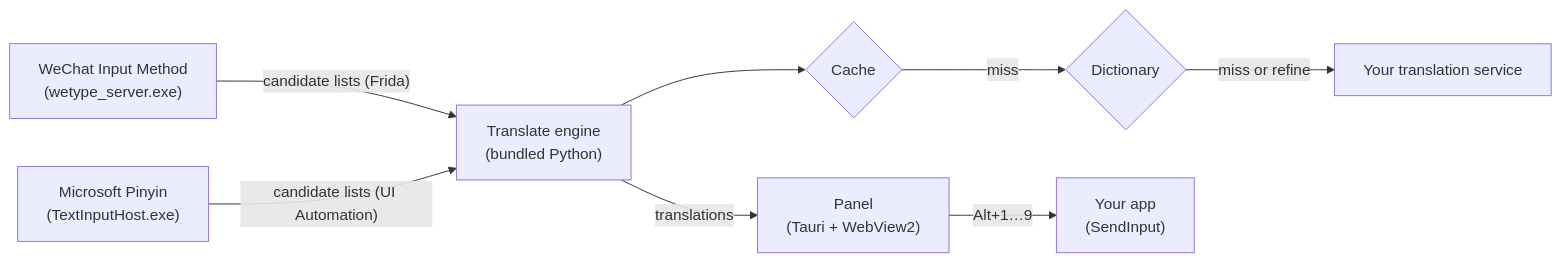
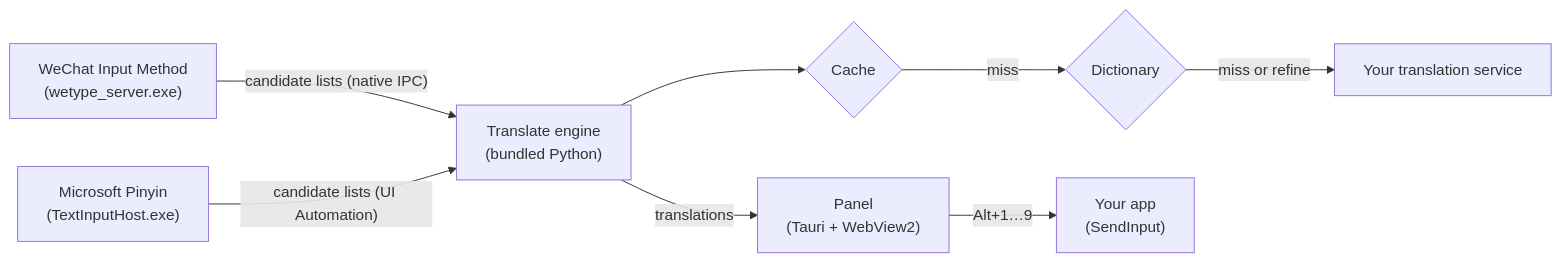
One commit to Rickyevo/translate changed the diagram in README.md. Above: the diagram before and after it, drawn with Mermaid. The commit also changed other lines of this file and 53 other files, not shown here.

First line of the commit message:
0.2.4: reduce backend memory with native candidate observation

````diff
--- a/README.md
+++ b/README.md
@@ -227,10 +228,10 @@
 ```mermaid
 flowchart LR
-  A["WeChat Input Method<br/>(wetype_server.exe)"] -- candidate lists (Frida) --> B["Translate engine<br/>(bundled Python)"]
+  A["WeChat Input Method<br/>(wetype_server.exe)"] -- candidate lists (native IPC) --> B["Translate engine<br/>(bundled Python)"]
   P["Microsoft Pinyin<br/>(TextInputHost.exe)"] -- candidate lists (UI Automation) --> B
   B --> C{"Cache"}
   C -- miss --> D{"Dictionary"}
   D -- miss or refine --> E["Your translation service"]
   B -- translations --> F["Panel<br/>(Tauri + WebView2)"]
   F -- "Alt+1…9" --> G["Your app<br/>(SendInput)"]
 ```
````
